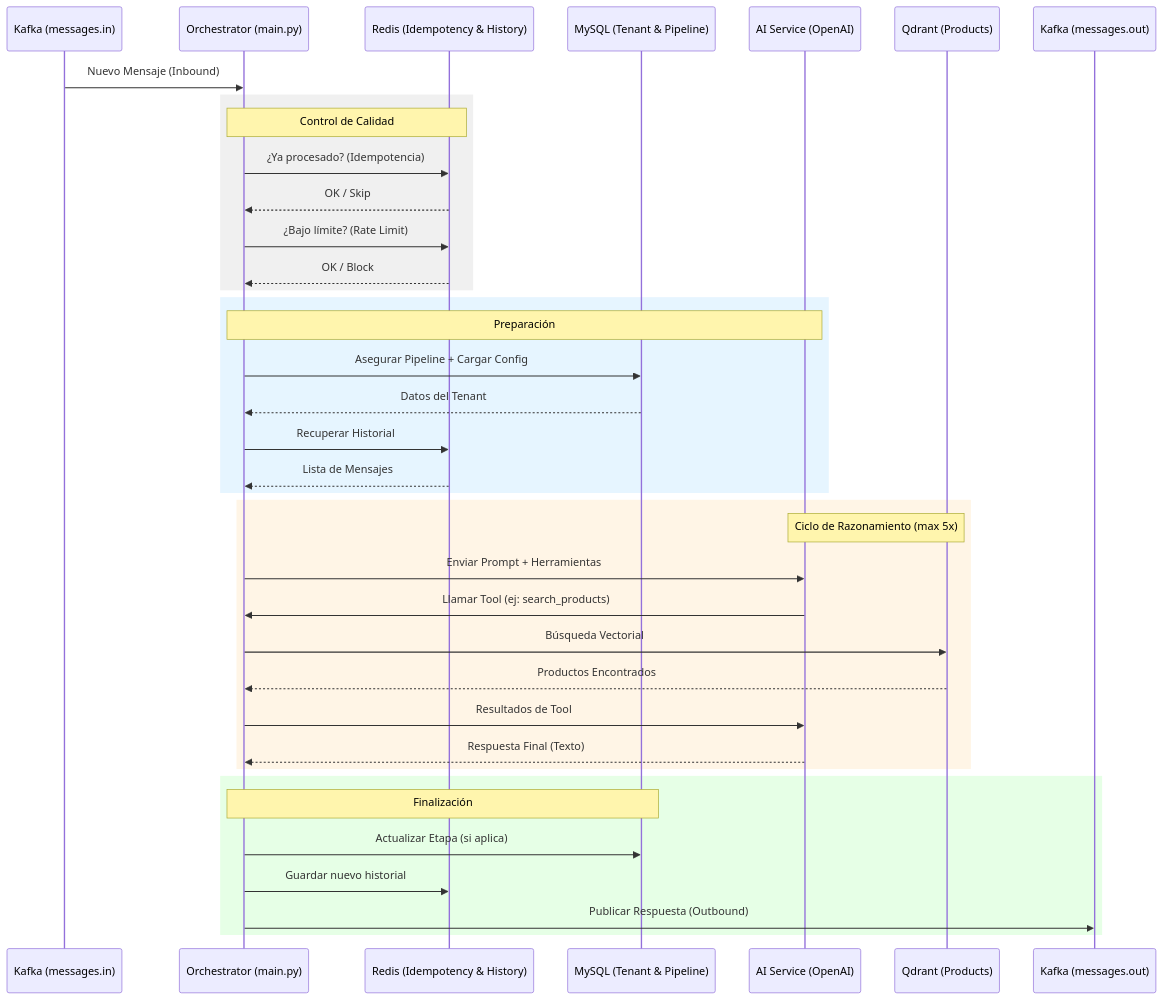
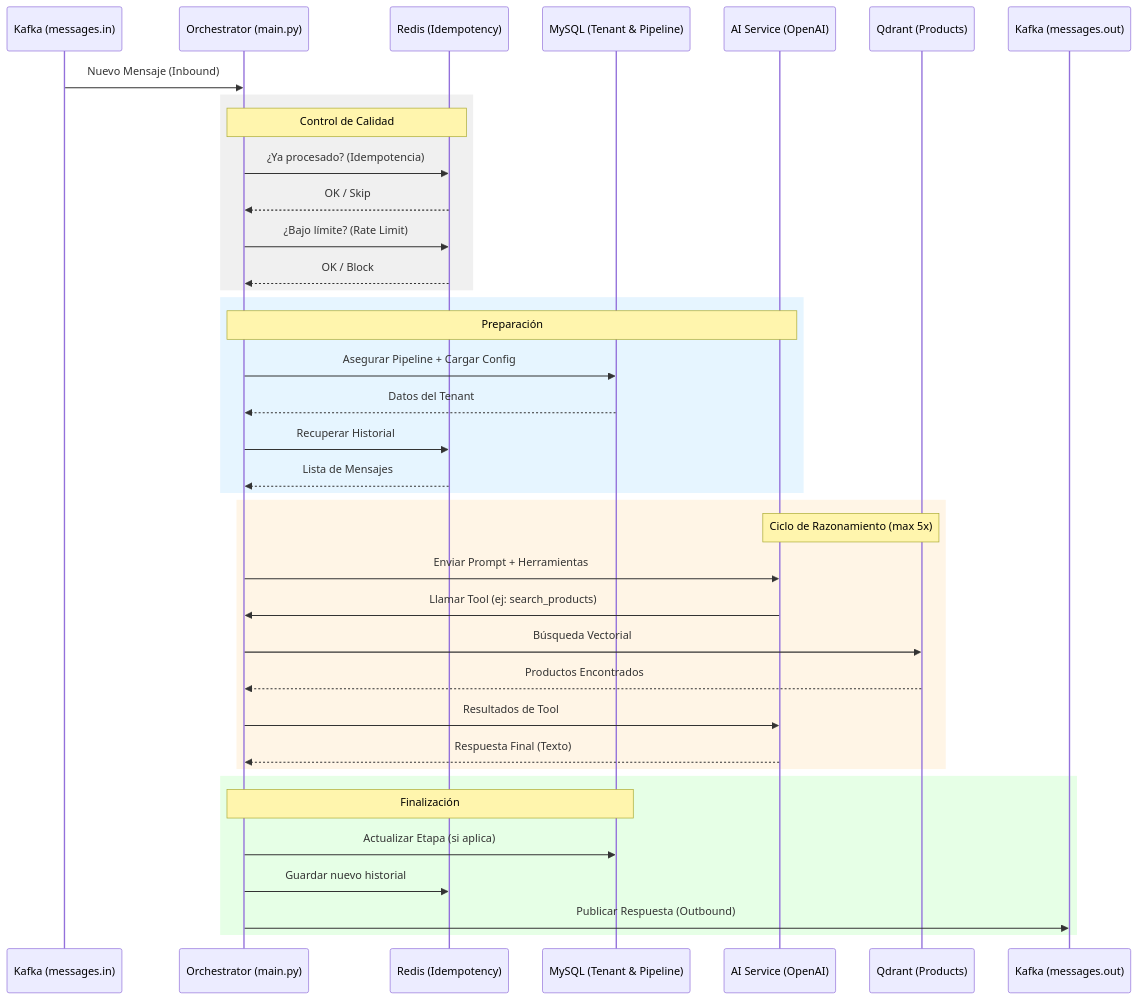
One commit to Pixelweb-co/cloudfly changed the diagram in docs/ai_agent_architecture.md. Above: the diagram before and after it, drawn with Mermaid. The commit also changed 4 other files, not shown here.

````diff
--- a/docs/ai_agent_architecture.md
+++ b/docs/ai_agent_architecture.md
@@ -38,45 +38,45 @@
 ```mermaid
 sequenceDiagram
     participant K as Kafka (messages.in)
     participant O as Orchestrator (main.py)
-    participant R as Redis (Idempotency & History)
+    participant R as Redis (Idempotency)
     participant M as MySQL (Tenant & Pipeline)
     participant AI as AI Service (OpenAI)
     participant Q as Qdrant (Products)
     participant P as Kafka (messages.out)
 
     K->>O: Nuevo Mensaje (Inbound)
     
     rect rgb(240, 240, 240)
         Note over O,R: Control de Calidad
         O->>R: ¿Ya procesado? (Idempotencia)
         R-->>O: OK / Skip
         O->>R: ¿Bajo límite? (Rate Limit)
         R-->>O: OK / Block
     end
 
     rect rgb(230, 245, 255)
         Note over O,AI: Preparación
         O->>M: Asegurar Pipeline + Cargar Config
         M-->>O: Datos del Tenant
         O->>R: Recuperar Historial
         R-->>O: Lista de Mensajes
     end
 
     rect rgb(255, 245, 230)
         Note over AI,Q: Ciclo de Razonamiento (max 5x)
         O->>AI: Enviar Prompt + Herramientas
         AI->>O: Llamar Tool (ej: search_products)
         O->>Q: Búsqueda Vectorial
         Q-->>O: Productos Encontrados
         O->>AI: Resultados de Tool
         AI-->>O: Respuesta Final (Texto)
     end
 
     rect rgb(230, 255, 230)
         Note over O,M: Finalización
         O->>M: Actualizar Etapa (si aplica)
         O->>R: Guardar nuevo historial
         O->>P: Publicar Respuesta (Outbound)
     end
 ```
````
